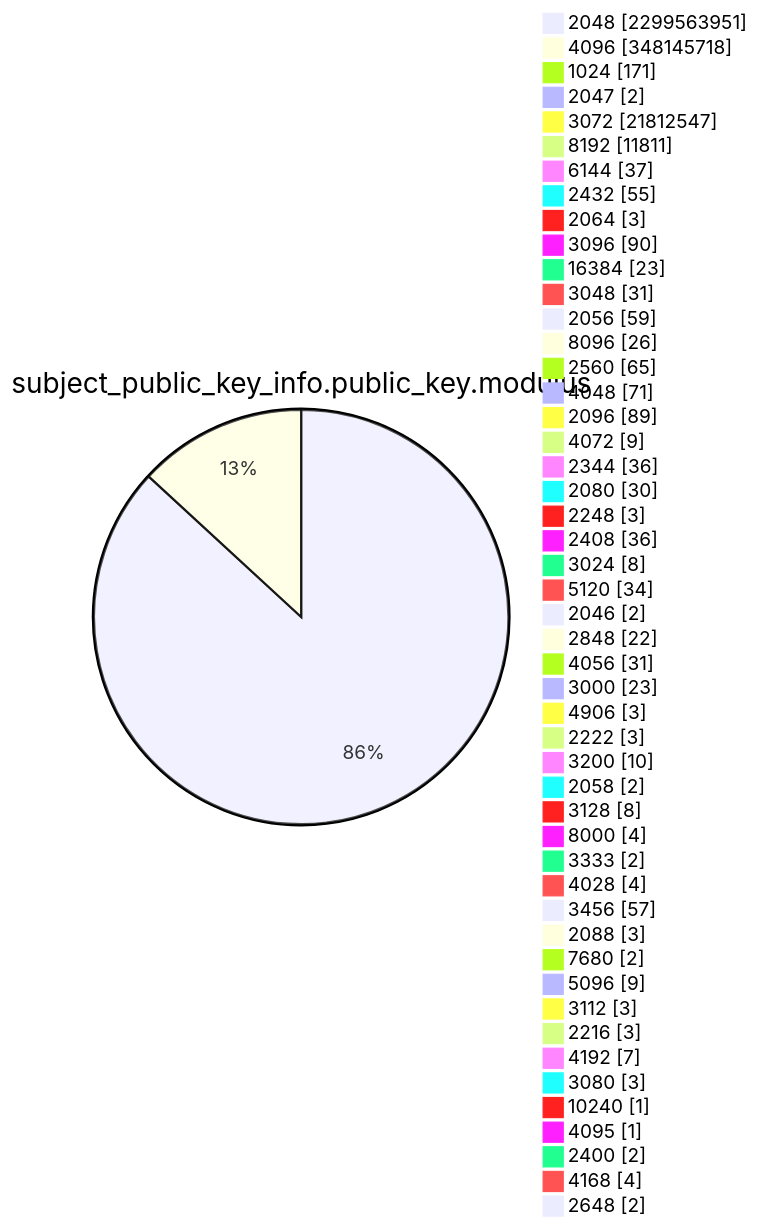
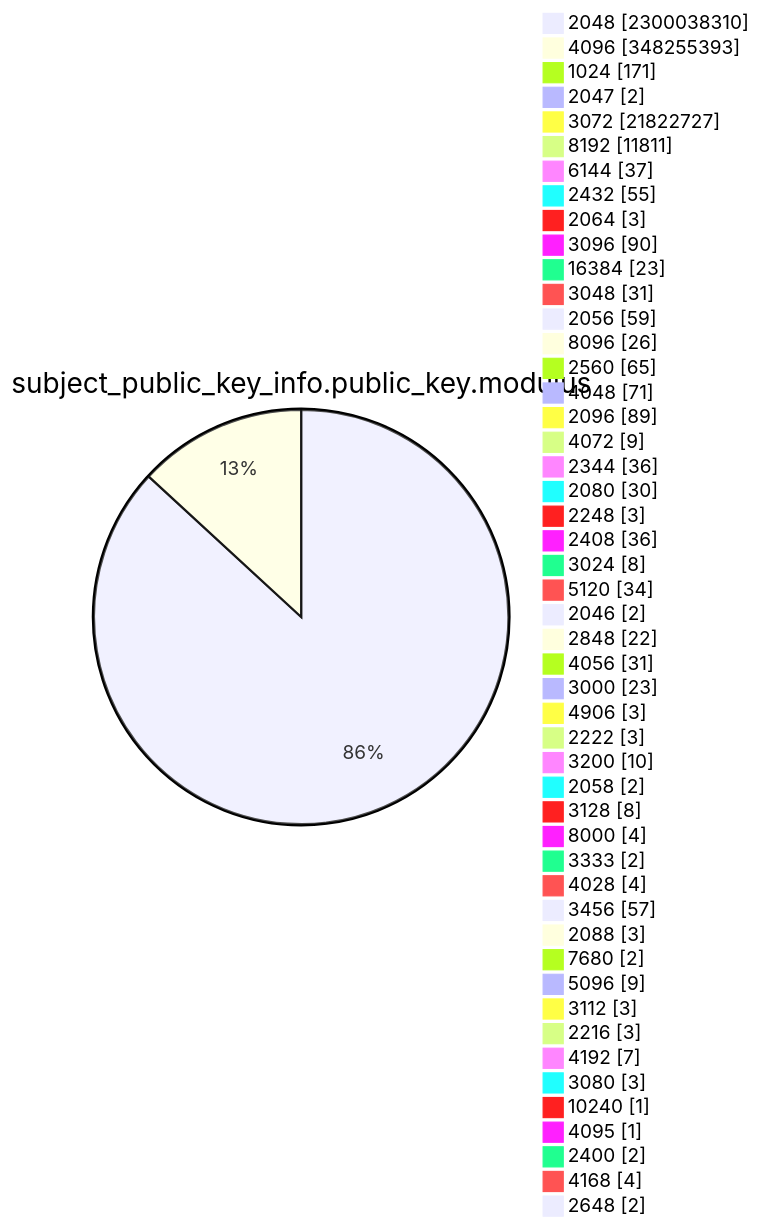
Diagram 13 of 15 in TOTAL/README.md (christiankrug/ctmonitor_visualization), drawn with Mermaid before and after one commit. The commit also changed other lines of this file, not shown here.

````diff
--- a/TOTAL/README.md
+++ b/TOTAL/README.md
@@ -4167,53 +4167,53 @@
 ```mermaid
 pie showData
 title subject_public_key_info.public_key.modulus
-"2048" :2299563951
-"4096" :348145718
+"2048" :2300038310
+"4096" :348255393
 "1024" :171
 "2047" :2
-"3072" :21812547
+"3072" :21822727
 "8192" :11811
 "6144" :37
 "2432" :55
 "2064" :3
 "3096" :90
 "16384" :23
 "3048" :31
 "2056" :59
 "8096" :26
 "2560" :65
 "4048" :71
 "2096" :89
 "4072" :9
 "2344" :36
 "2080" :30
 "2248" :3
 "2408" :36
 "3024" :8
 "5120" :34
 "2046" :2
 "2848" :22
 "4056" :31
 "3000" :23
 "4906" :3
 "2222" :3
 "3200" :10
 "2058" :2
 "3128" :8
 "8000" :4
 "3333" :2
 "4028" :4
 "3456" :57
 "2088" :3
 "7680" :2
 "5096" :9
 "3112" :3
 "2216" :3
 "4192" :7
 "3080" :3
 "10240" :1
 "4095" :1
 "2400" :2
 "4168" :4
 "2648" :2
 ```
````
